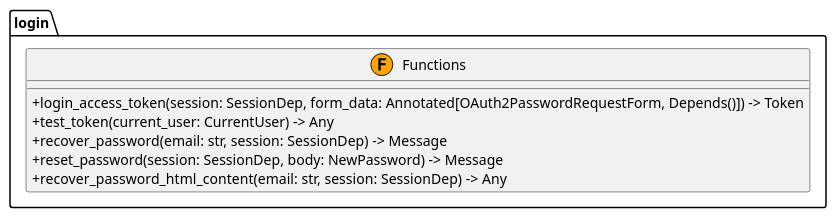
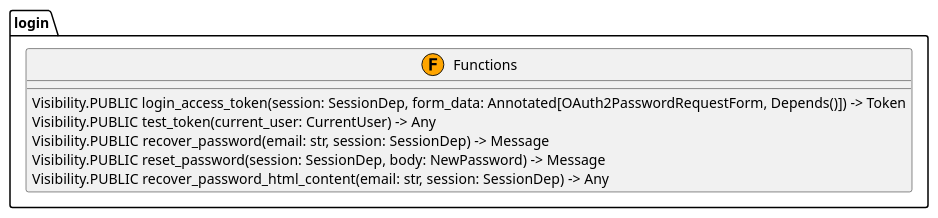
The diagram in docs/source/_generated_uml/login.puml (jswans33/my-full-stack-fastapi-template), drawn with PlantUML before and after one commit. The commit also changed 62 other files, not shown here.

Commit message:
Add UML generator module and update visibility for functions in UML diagrams

```diff
--- a/docs/source/_generated_uml/login.puml
+++ b/docs/source/_generated_uml/login.puml
@@ -1,15 +1,15 @@
 @startuml
 skinparam classAttributeIconSize 0
 
 package "login" {
   class Functions <<(F,orange)>> {
-    + login_access_token(session: SessionDep, form_data: Annotated[OAuth2PasswordRequestForm, Depends()]) -> Token
-    + test_token(current_user: CurrentUser) -> Any
-    + recover_password(email: str, session: SessionDep) -> Message
-    + reset_password(session: SessionDep, body: NewPassword) -> Message
-    + recover_password_html_content(email: str, session: SessionDep) -> Any
+    Visibility.PUBLIC login_access_token(session: SessionDep, form_data: Annotated[OAuth2PasswordRequestForm, Depends()]) -> Token
+    Visibility.PUBLIC test_token(current_user: CurrentUser) -> Any
+    Visibility.PUBLIC recover_password(email: str, session: SessionDep) -> Message
+    Visibility.PUBLIC reset_password(session: SessionDep, body: NewPassword) -> Message
+    Visibility.PUBLIC recover_password_html_content(email: str, session: SessionDep) -> Any
   }
 }
 
 ' Relationships
 @enduml
```
